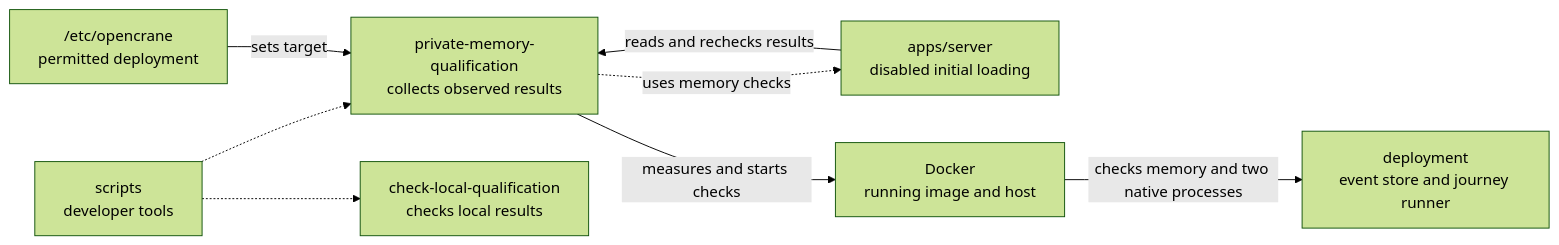
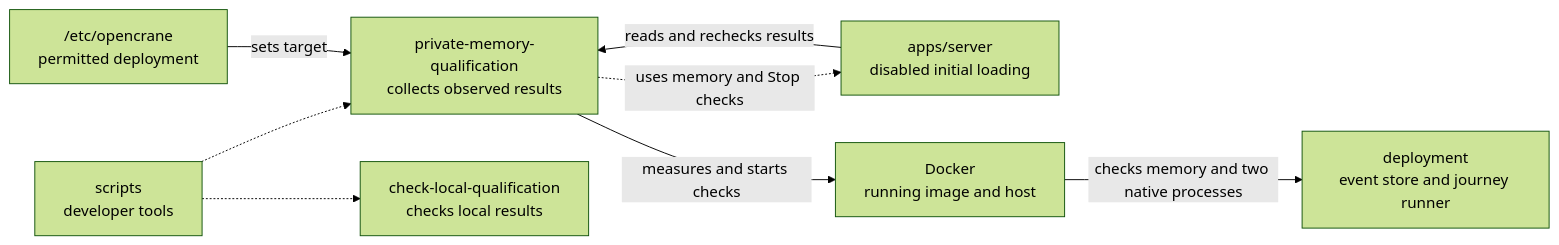
The diagram in scripts/private-memory-qualification/README.md (elewa-git/opencrane-new), drawn with Mermaid (forest theme) before and after one commit. The commit also changed other lines of this file and 11 other files, not shown here.

Commit message:
🧪 Check packaged memory Stop and reconnect delivery

````diff
--- a/scripts/private-memory-qualification/README.md
+++ b/scripts/private-memory-qualification/README.md
@@ -18,10 +18,10 @@
 ```mermaid
 flowchart LR
   scripts["scripts<br/>developer tools"] -.-> collector["private-memory-qualification<br/>collects observed results"]
   scripts -.-> sibling["check-local-qualification<br/>checks local results"]
   server["apps/server<br/>disabled initial loading"] -->|reads and rechecks results| collector
-  collector -.->|uses memory checks| server
+  collector -.->|uses memory and Stop checks| server
   config["/etc/opencrane<br/>permitted deployment"] -->|sets target| collector
   collector -->|measures and starts checks| docker["Docker<br/>running image and host"]
   docker -->|checks memory and two native processes| deployment["deployment<br/>event store and journey runner"]
 ```
````
